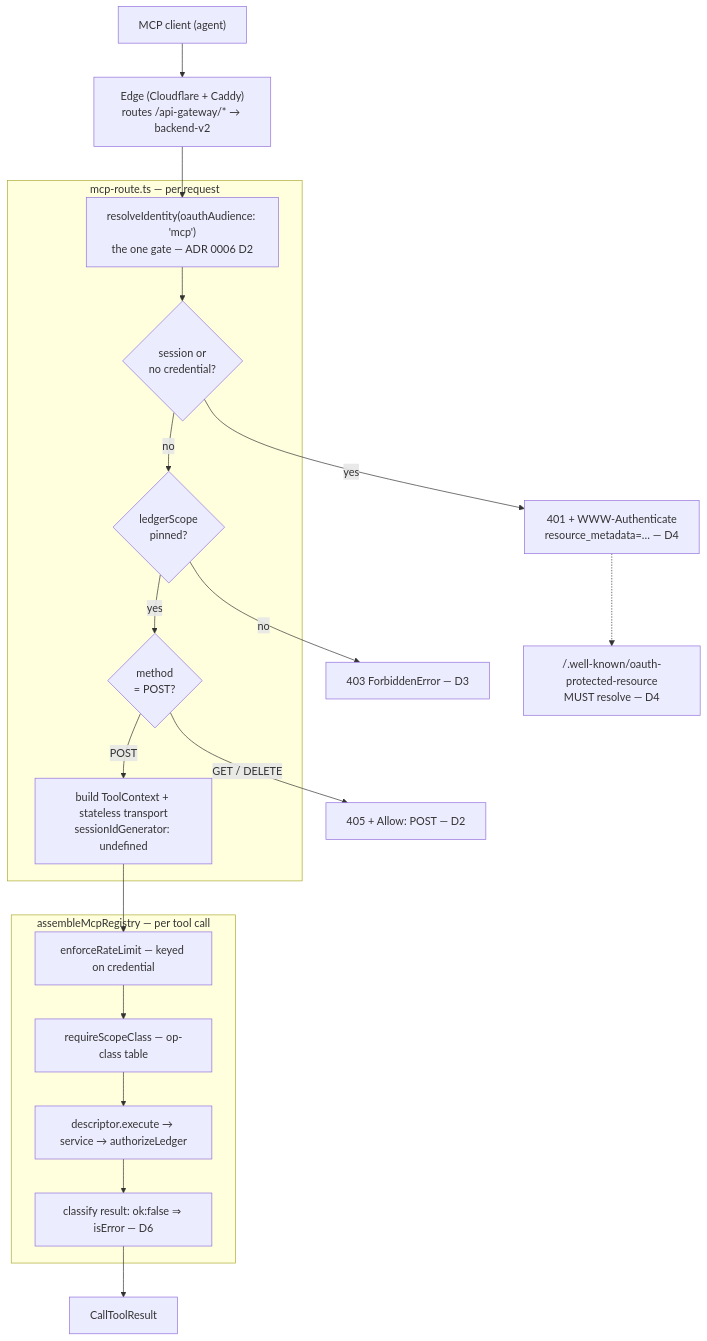
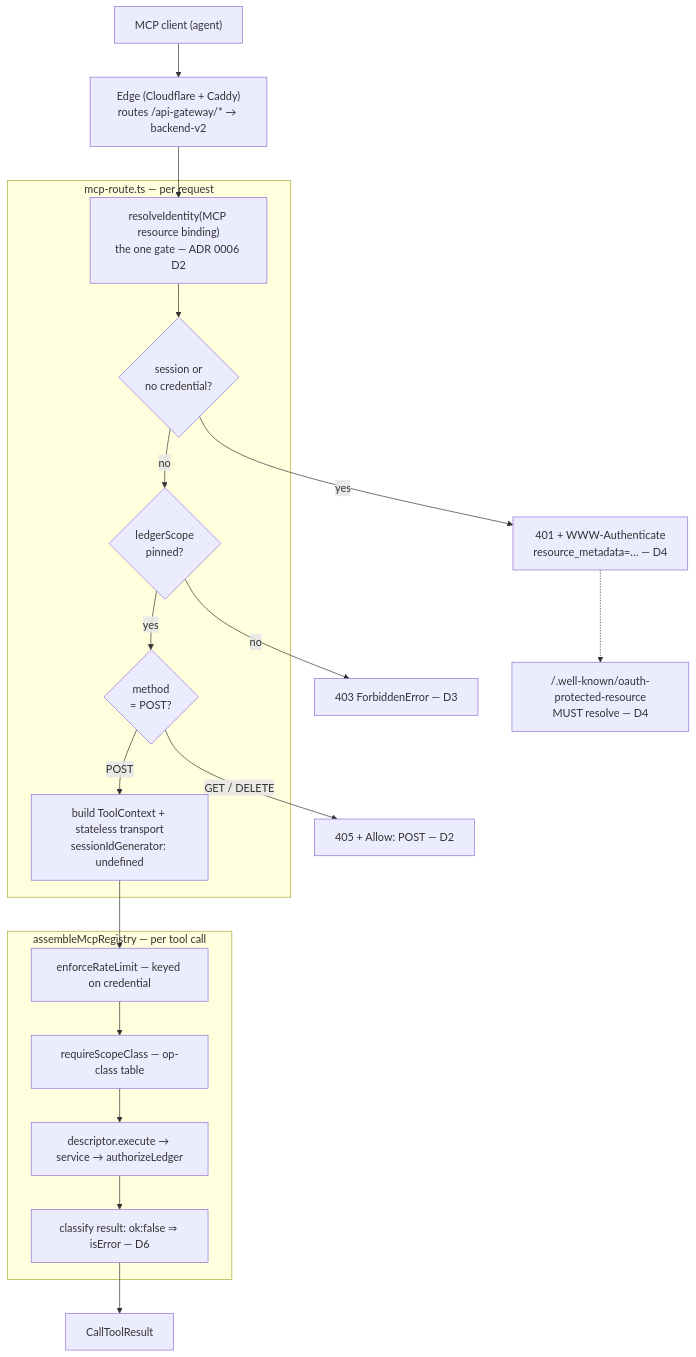
The first of 2 diagrams in docs/adrs/ADR007-backend-v2-mcp-surface.md (bex-co/beancount-io), drawn with Mermaid before and after one commit. The commit also changed other lines of this file and 16 other files, not shown here.

Commit message:
refactor(oauth): centralize client and resource policy

````diff
--- a/docs/adrs/ADR007-backend-v2-mcp-surface.md
+++ b/docs/adrs/ADR007-backend-v2-mcp-surface.md
@@ -180,30 +182,30 @@
 ```mermaid
 flowchart TB
   client["MCP client (agent)"]
   edge["Edge (Cloudflare + Caddy)<br/>routes /api-gateway/* → backend-v2"]
 
   subgraph route["mcp-route.ts — per request"]
-    id["resolveIdentity(oauthAudience: 'mcp')<br/>the one gate — ADR 0006 D2"]
+    id["resolveIdentity(MCP resource binding)<br/>the one gate — ADR 0006 D2"]
     sess{"session or<br/>no credential?"}
     pin{"ledgerScope<br/>pinned?"}
     meth{"method<br/>= POST?"}
     build["build ToolContext + stateless transport<br/>sessionIdGenerator: undefined"]
   end
 
   subgraph reg["assembleMcpRegistry — per tool call"]
     rl["enforceRateLimit — keyed on credential"]
     scope["requireScopeClass — op-class table"]
     exec["descriptor.execute → service → authorizeLedger"]
     wrap["classify result: ok:false ⇒ isError — D6"]
   end
 
   client --> edge --> id --> sess
   sess -- yes --> u401["401 + WWW-Authenticate<br/>resource_metadata=… — D4"]
   sess -- no --> pin
   pin -- no --> f403["403 ForbiddenError — D3"]
   pin -- yes --> meth
   meth -- "GET / DELETE" --> m405["405 + Allow: POST — D2"]
   meth -- POST --> build --> rl --> scope --> exec --> wrap --> ok["CallToolResult"]
 
   u401 -.-> disc["/.well-known/oauth-protected-resource<br/>MUST resolve — D4"]
 ```
````
